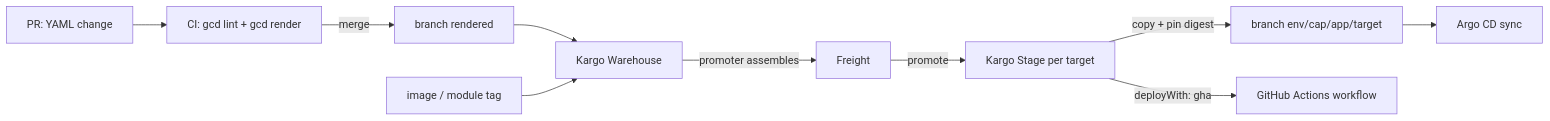
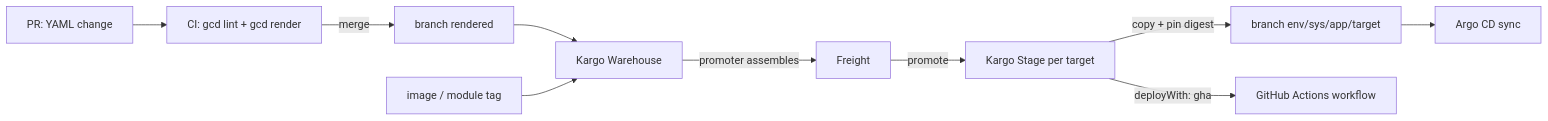
The diagram in docs/guide/concepts.md (pitoniak32/gitops-cd), drawn with Mermaid before and after one commit. The commit also changed other lines of this file and 317 other files, not shown here.

````diff
--- a/docs/guide/concepts.md
+++ b/docs/guide/concepts.md
@@ -36,12 +36,12 @@
 ```mermaid
 flowchart LR
   pr["PR: YAML change"] --> ci["CI: gcd lint + gcd render"]
   ci -->|merge| rb["branch rendered"]
   rb --> wh["Kargo Warehouse"]
   img["image / module tag"] --> wh
   wh -->|promoter assembles| fr["Freight"]
   fr -->|promote| st["Kargo Stage per target"]
-  st -->|copy + pin digest| tb["branch env/cap/app/target"]
+  st -->|copy + pin digest| tb["branch env/sys/app/target"]
   tb --> argo["Argo CD sync"]
   st -->|deployWith: gha| gha["GitHub Actions workflow"]
 ```
````
